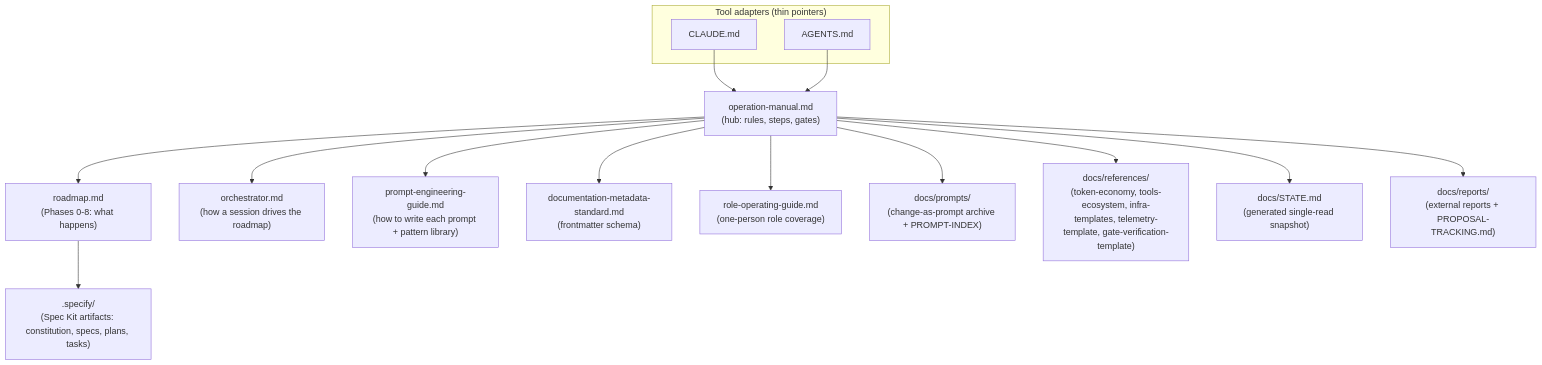
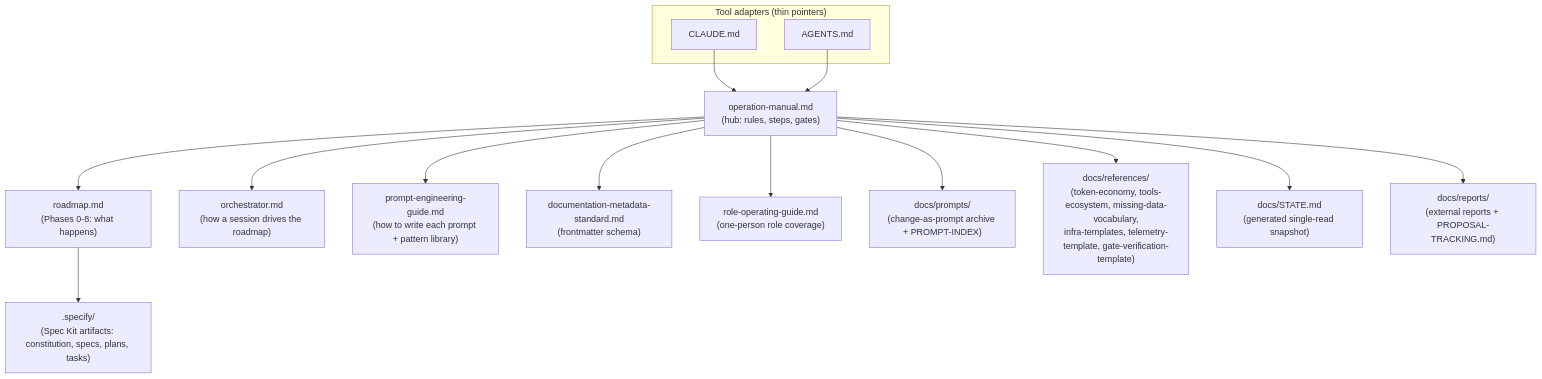
The diagram in README.md (licorsy/ai-assisted-sdd-template), drawn with Mermaid before and after one commit. The commit also changed other lines of this file and 15 other files, not shown here.

````diff
--- a/README.md
+++ b/README.md
@@ -110,20 +110,20 @@
 ```mermaid
 flowchart TD
     subgraph Adapters["Tool adapters (thin pointers)"]
         CLAUDE["CLAUDE.md"]
         AGENTS["AGENTS.md"]
     end
     OM["operation-manual.md<br/>(hub: rules, steps, gates)"]
     CLAUDE --> OM
     AGENTS --> OM
     OM --> RM["roadmap.md<br/>(Phases 0-8: what happens)"]
     OM --> OP["orchestrator.md<br/>(how a session drives the roadmap)"]
     OM --> PEG["prompt-engineering-guide.md<br/>(how to write each prompt + pattern library)"]
     OM --> DMS["documentation-metadata-standard.md<br/>(frontmatter schema)"]
     OM --> ROG["role-operating-guide.md<br/>(one-person role coverage)"]
     RM --> SPEC[".specify/<br/>(Spec Kit artifacts: constitution, specs, plans, tasks)"]
     OM --> PROMPTS["docs/prompts/<br/>(change-as-prompt archive + PROMPT-INDEX)"]
-    OM --> REFS["docs/references/<br/>(token-economy, tools-ecosystem, infra-templates, telemetry-template, gate-verification-template)"]
+    OM --> REFS["docs/references/<br/>(token-economy, tools-ecosystem, missing-data-vocabulary,<br/>infra-templates, telemetry-template, gate-verification-template)"]
     OM --> STATE["docs/STATE.md<br/>(generated single-read snapshot)"]
     OM --> REPORTS["docs/reports/<br/>(external reports + PROPOSAL-TRACKING.md)"]
 ```
````
